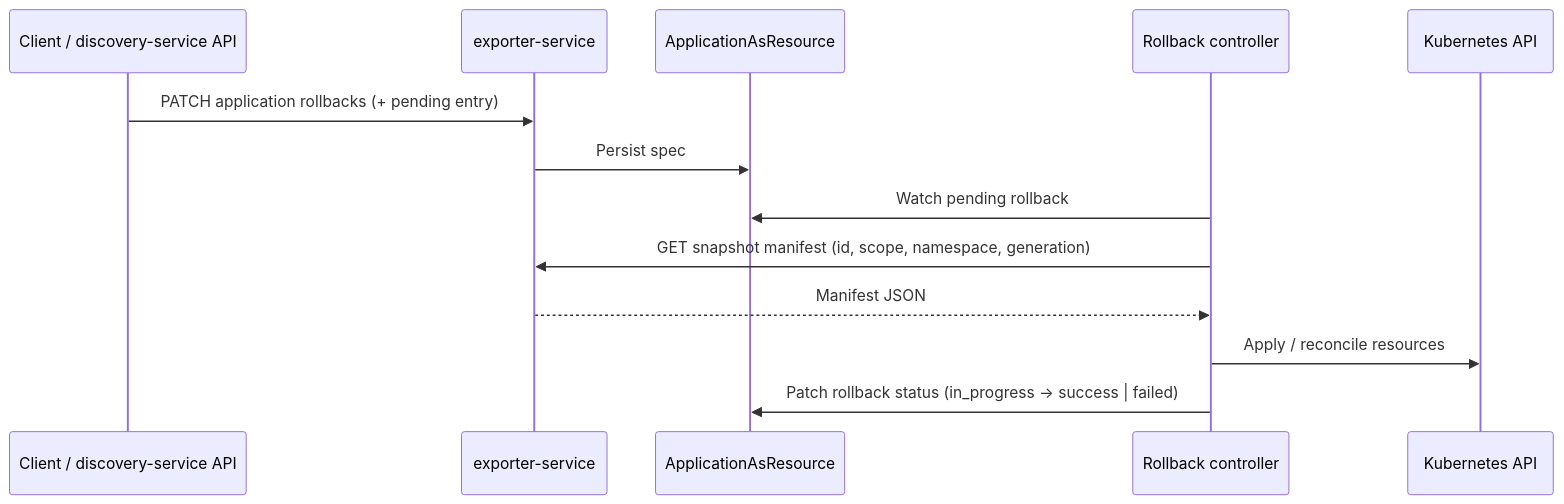
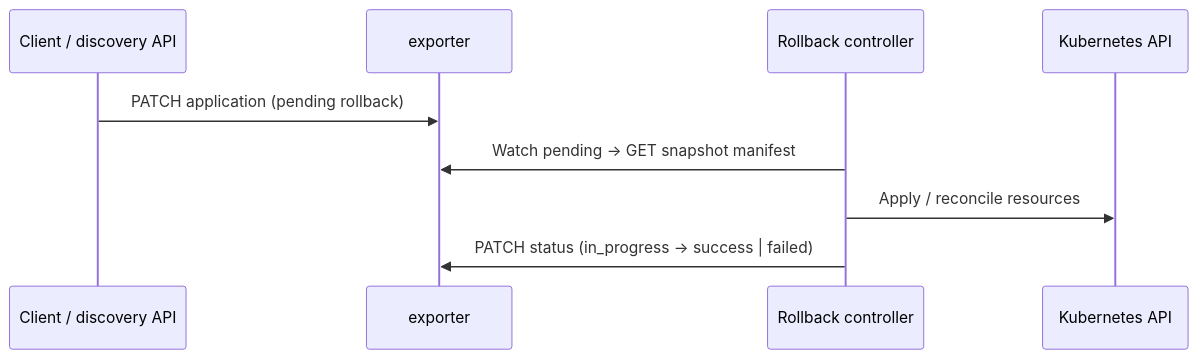
Before and after one commit to telark/telark: the third of 3 diagrams in services/discovery/README.md, drawn with Mermaid. The commit also changed other lines of this file and 5 other files, not shown here.

````diff
--- a/services/discovery/README.md
+++ b/services/discovery/README.md
@@ -100,16 +123,12 @@
 ```mermaid
 sequenceDiagram
-  participant API as Client / discovery-service API
-  participant EXP as exporter-service
-  participant CRD as ApplicationAsResource
+  participant API as Client / discovery API
+  participant EXP as exporter
   participant CTRL as Rollback controller
   participant CL as Kubernetes API
 
-  API->>EXP: PATCH application rollbacks (+ pending entry)
-  EXP->>CRD: Persist spec
-  CTRL->>CRD: Watch pending rollback
-  CTRL->>EXP: GET snapshot manifest (id, scope, namespace, generation)
-  EXP-->>CTRL: Manifest JSON
+  API->>EXP: PATCH application (pending rollback)
+  CTRL->>EXP: Watch pending → GET snapshot manifest
   CTRL->>CL: Apply / reconcile resources
-  CTRL->>CRD: Patch rollback status (in_progress → success | failed)
+  CTRL->>EXP: PATCH status (in_progress → success | failed)
 ```
````
